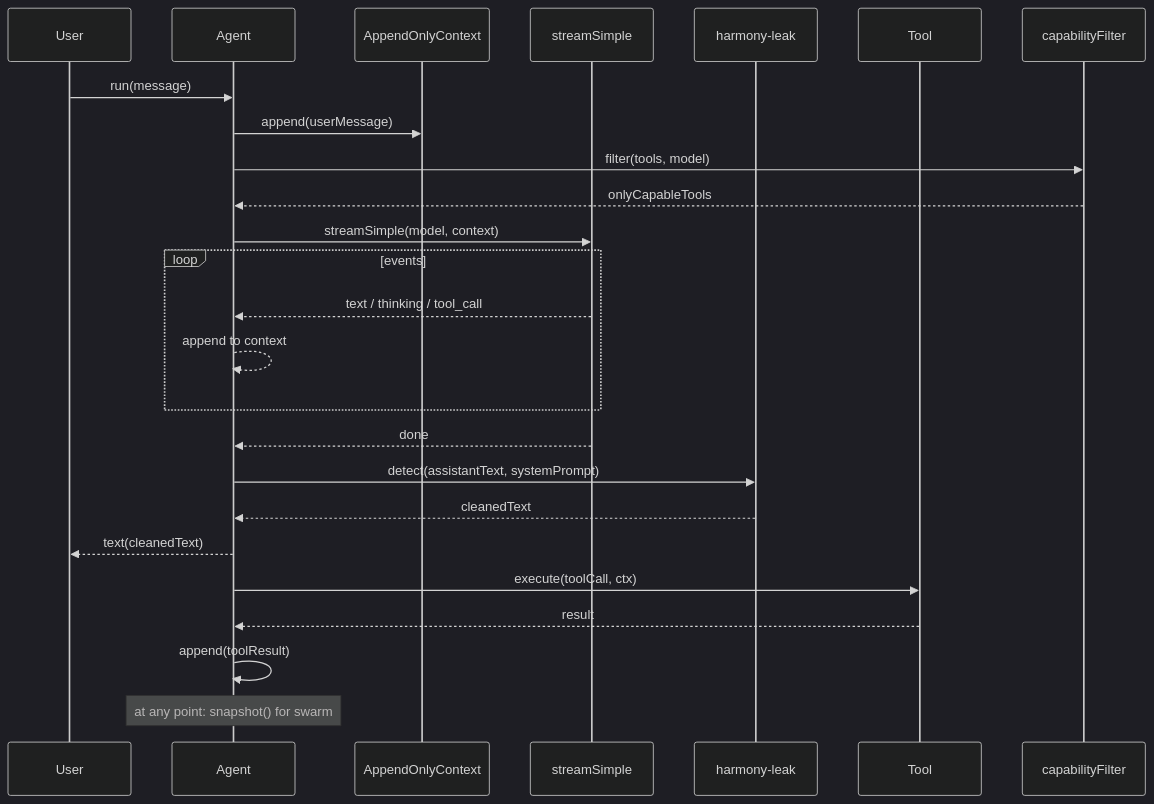
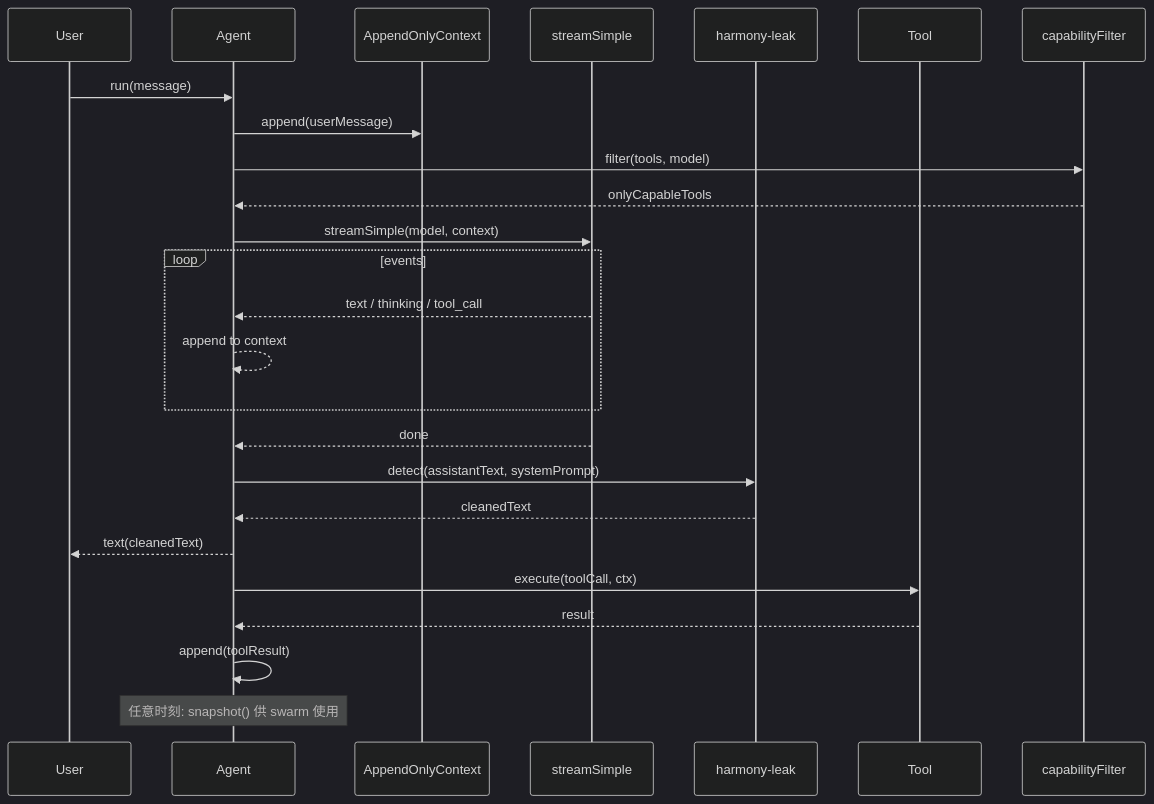
The diagram in docs-site/docs/03-pi-agent-core.md (YeLuo45/oh-my-pi-design), drawn with Mermaid (dark theme) before and after one commit. The commit also changed other lines of this file and 37 other files, not shown here.

````diff
--- a/docs-site/docs/03-pi-agent-core.md
+++ b/docs-site/docs/03-pi-agent-core.md
@@ -120,30 +120,30 @@
 ```mermaid
 sequenceDiagram
     participant U as User
     participant A as Agent
     participant Ctx as AppendOnlyContext
     participant LLM as streamSimple
     participant HL as harmony-leak
     participant T as Tool
     participant Cap as capabilityFilter
 
     U->>A: run(message)
     A->>Ctx: append(userMessage)
     A->>Cap: filter(tools, model)
     Cap-->>A: onlyCapableTools
     A->>LLM: streamSimple(model, context)
     loop events
         LLM-->>A: text / thinking / tool_call
         A-->>A: append to context
     end
     LLM-->>A: done
     A->>HL: detect(assistantText, systemPrompt)
     HL-->>A: cleanedText
     A-->>U: text(cleanedText)
     
     A->>T: execute(toolCall, ctx)
     T-->>A: result
     A->>A: append(toolResult)
     
-    Note over A: at any point: snapshot() for swarm
+    Note over A: 任意时刻: snapshot() 供 swarm 使用
 ```
````
